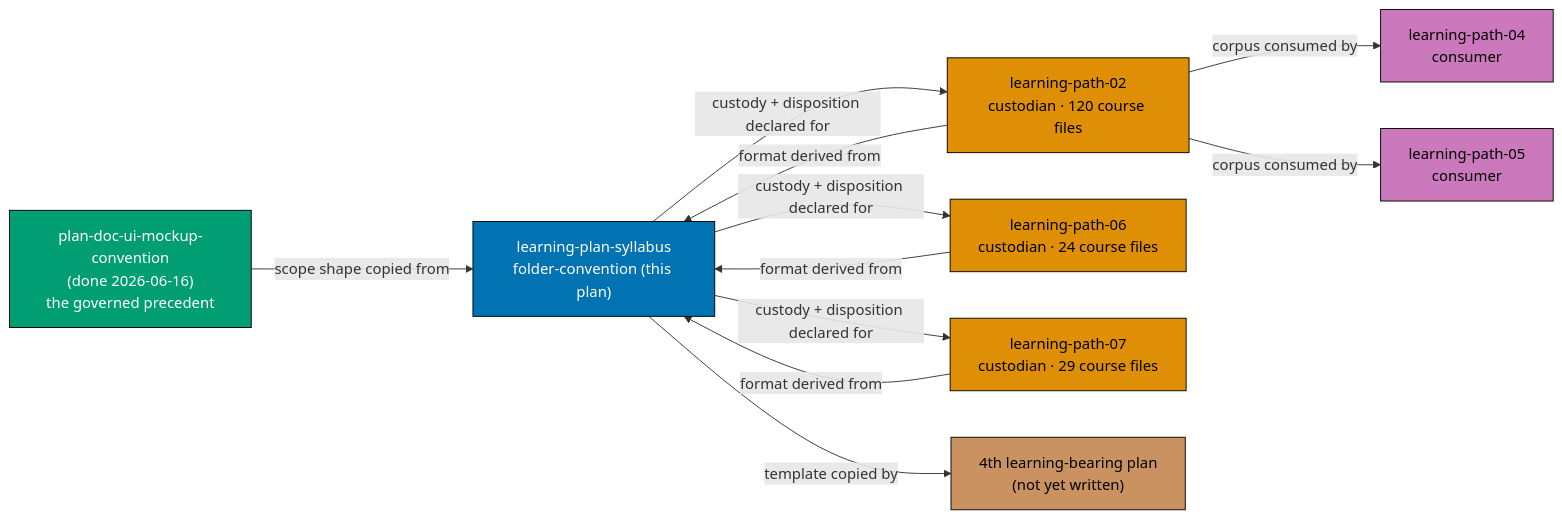
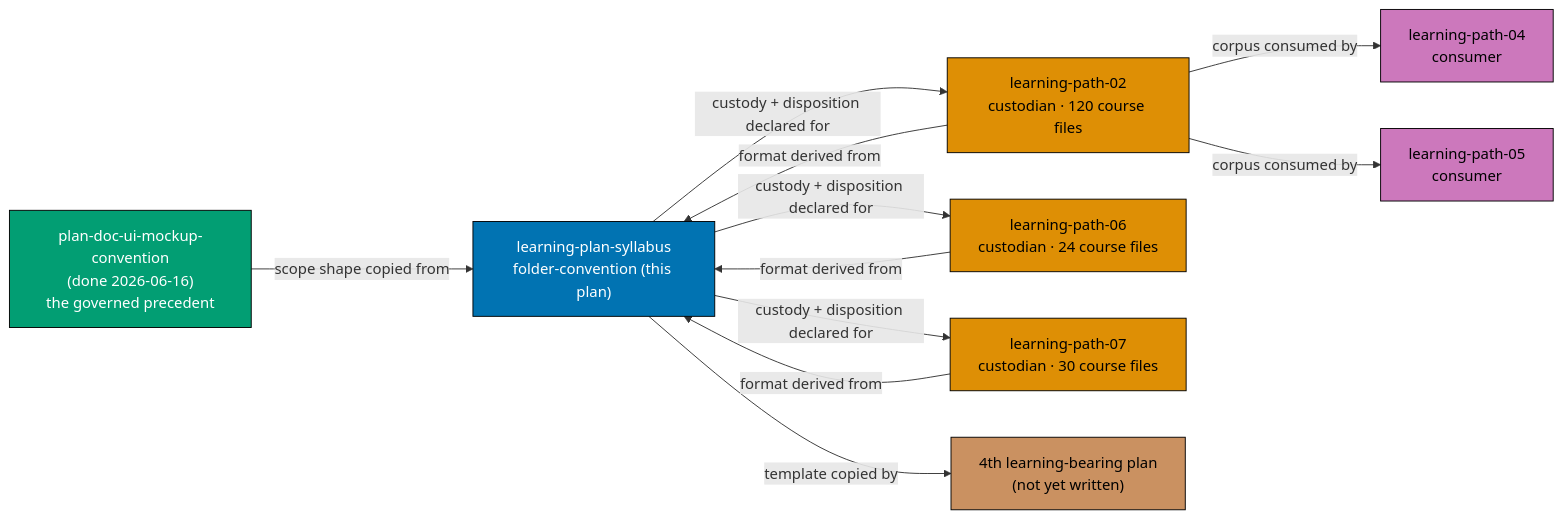
The first of 2 diagrams in plans/backlog/learning-plan-syllabus-folder-convention/README.md (wahidyankf/baseerah), drawn with Mermaid before and after one commit. The commit also changed other lines of this file and 4 other files, not shown here.

First line of the commit message:
docs(plans): refresh stale corpus census in learning-plan-syllabus plan

````diff
--- a/plans/backlog/learning-plan-syllabus-folder-convention/README.md
+++ b/plans/backlog/learning-plan-syllabus-folder-convention/README.md
@@ -117,29 +117,29 @@
 ```mermaid
 %% Dependency position: this plan governs a shape three sibling plans already carry.
 flowchart LR
     UI["plan-doc-ui-mockup-convention<br/>(done 2026-06-16)<br/>the governed precedent"]:::done
     THIS["learning-plan-syllabus<br/>folder-convention (this plan)"]:::this
     P02["learning-path-02<br/>custodian · 120 course files"]:::corpus
     P06["learning-path-06<br/>custodian · 24 course files"]:::corpus
-    P07["learning-path-07<br/>custodian · 29 course files"]:::corpus
+    P07["learning-path-07<br/>custodian · 30 course files"]:::corpus
     P04["learning-path-04<br/>consumer"]:::consumer
     P05["learning-path-05<br/>consumer"]:::consumer
     NEXT["4th learning-bearing plan<br/>(not yet written)"]:::future
 
     UI -->|"scope shape copied from"| THIS
     P02 -->|"format derived from"| THIS
     P06 -->|"format derived from"| THIS
     P07 -->|"format derived from"| THIS
     THIS -->|"custody + disposition declared for"| P02
     THIS -->|"custody + disposition declared for"| P06
     THIS -->|"custody + disposition declared for"| P07
     P02 -->|"corpus consumed by"| P04
     P02 -->|"corpus consumed by"| P05
     THIS -->|"template copied by"| NEXT
 
     classDef done fill:#029E73,stroke:#000000,color:#FFFFFF
     classDef this fill:#0173B2,stroke:#000000,color:#FFFFFF
     classDef corpus fill:#DE8F05,stroke:#000000,color:#000000
     classDef consumer fill:#CC78BC,stroke:#000000,color:#000000
     classDef future fill:#CA9161,stroke:#000000,color:#000000
 ```
````
